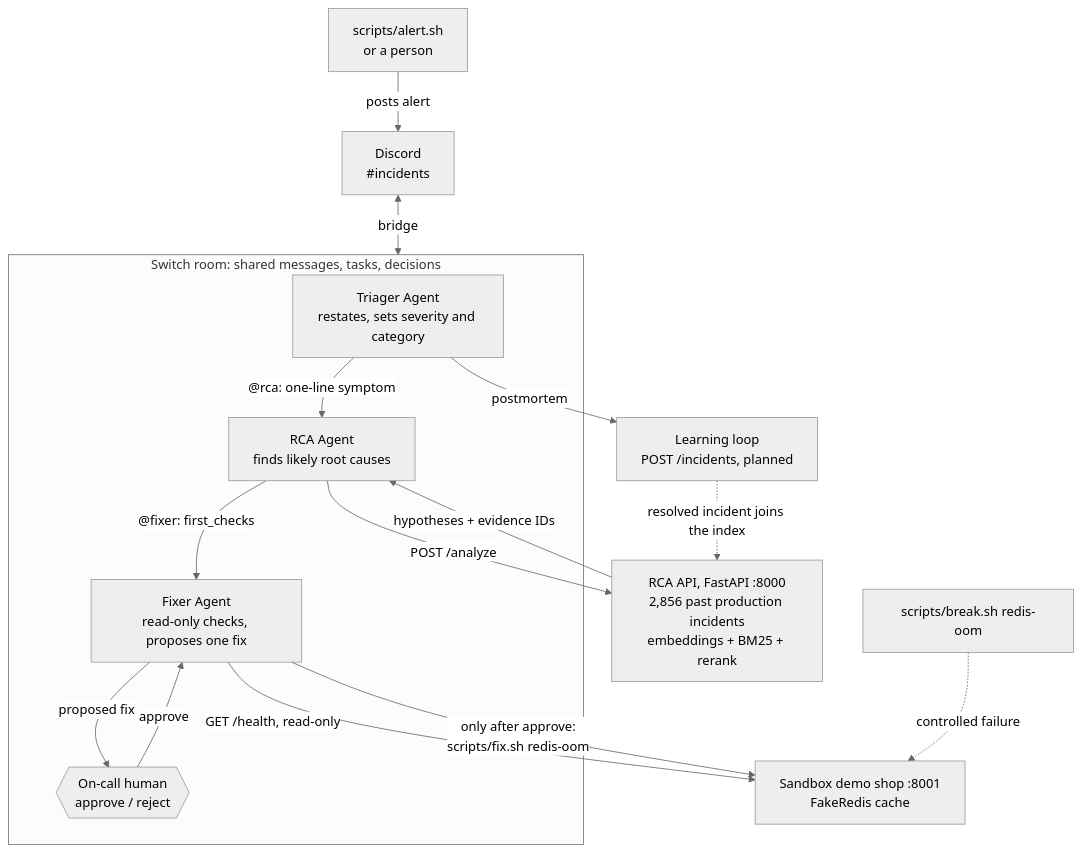
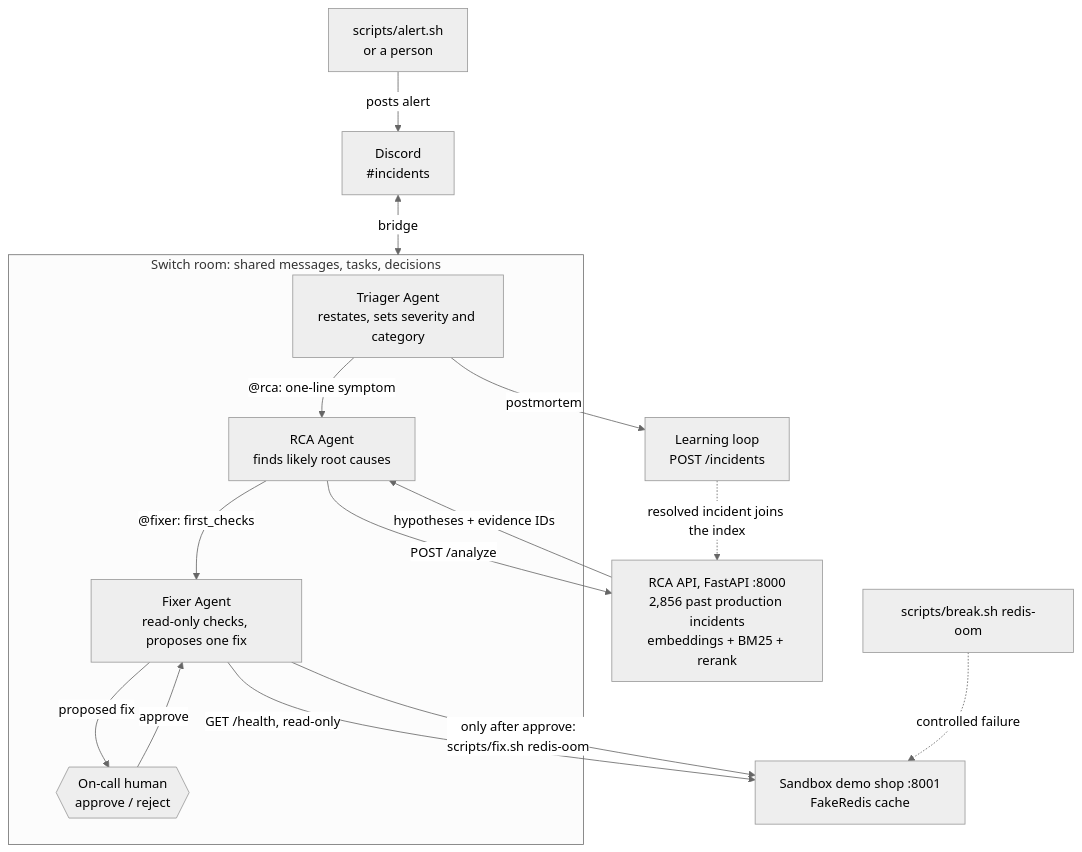
One commit to Navjot-kr-Singh/RCA changed the diagram in docs/architecture.md. Above: the diagram before and after it, drawn with Mermaid (neutral theme). The commit also changed other lines of this file and 4 other files, not shown here.

````diff
--- a/docs/architecture.md
+++ b/docs/architecture.md
@@ -3,24 +3,24 @@
 ```mermaid
 flowchart TB
     alert["scripts/alert.sh<br/>or a person"] -->|"posts alert"| chat["Discord<br/>#incidents"]
     chat <-->|"bridge"| room
 
     subgraph room["Switch room: shared messages, tasks, decisions"]
         triager["Triager Agent<br/>restates, sets severity and category"]
         rca["RCA Agent<br/>finds likely root causes"]
         fixer["Fixer Agent<br/>read-only checks, proposes one fix"]
         human{{"On-call human<br/>approve / reject"}}
         triager -->|"@rca: one-line symptom"| rca
         rca -->|"@fixer: first_checks"| fixer
         fixer -->|"proposed fix"| human
         human -->|"approve"| fixer
     end
 
     rca -->|"POST /analyze"| api["RCA API, FastAPI :8000<br/>2,856 past production incidents<br/>embeddings + BM25 + rerank"]
     api -->|"hypotheses + evidence IDs"| rca
     fixer -->|"GET /health, read-only"| shop["Sandbox demo shop :8001<br/>FakeRedis cache"]
     fixer -->|"only after approve:<br/>scripts/fix.sh redis-oom"| shop
     breaksh["scripts/break.sh redis-oom"] -.->|"controlled failure"| shop
-    triager -->|"postmortem"| learn["Learning loop<br/>POST /incidents, planned"]
+    triager -->|"postmortem"| learn["Learning loop<br/>POST /incidents"]
     learn -.->|"resolved incident joins the index"| api
 ```
````
